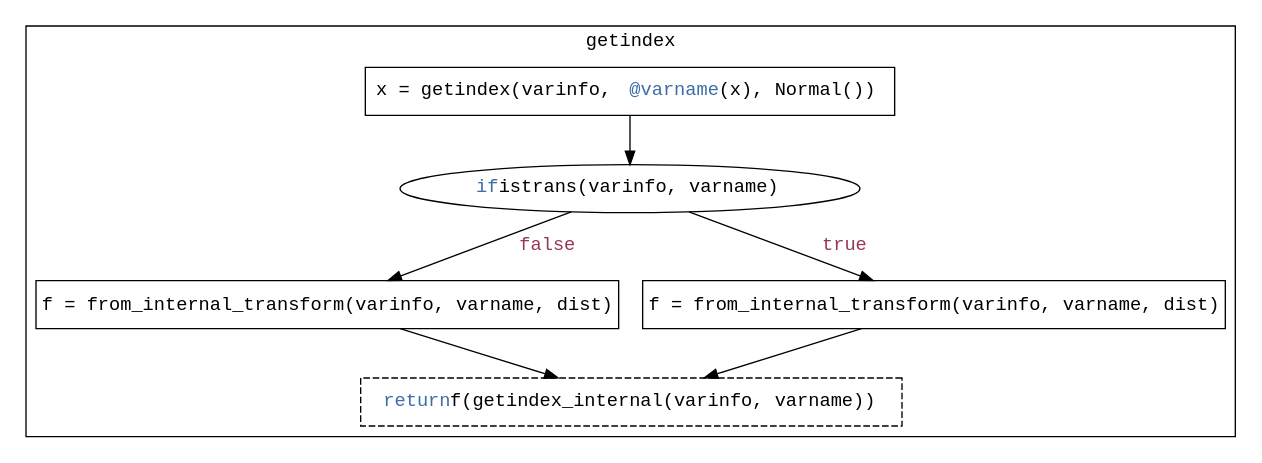
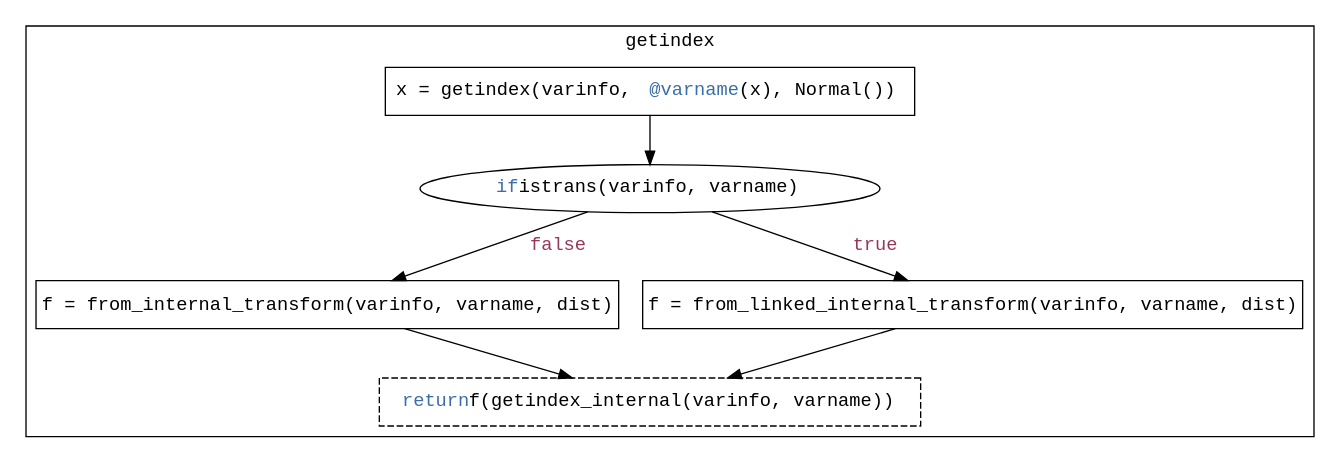
The diagram in docs/src/assets/images/transformations-getindex-with-dist.dot (TuringLang/DynamicPPL.jl), drawn with Graphviz before and after one commit. The commit also changed 3 other files, not shown here.

Commit message:
fixed getindex diagrams in docs

```diff
--- a/docs/src/assets/images/transformations-getindex-with-dist.dot
+++ b/docs/src/assets/images/transformations-getindex-with-dist.dot
@@ -1,19 +1,19 @@
 digraph {  
   # `getindex` block
   subgraph cluster_getindex {
     label = "getindex";
     fontname = "Courier";
 
     getindex [shape=box, label=< x = getindex(varinfo, <FONT COLOR="#3B6EA8">@varname</FONT>(x), Normal()) >, fontname="Courier"];
     iflinked_getindex [label=< <FONT COLOR="#3B6EA8">if</FONT> istrans(varinfo, varname) >, fontname="Courier"];
     without_linking_getindex [shape=box, label="f = from_internal_transform(varinfo, varname, dist)", fontname="Courier"];
-    with_linking_getindex [shape=box, label="f = from_internal_transform(varinfo, varname, dist)", fontname="Courier"];
+    with_linking_getindex [shape=box, label="f = from_linked_internal_transform(varinfo, varname, dist)", fontname="Courier"];
     return_getindex [shape=box, label=< <FONT COLOR="#3B6EA8">return</FONT> f(getindex_internal(varinfo, varname)) >, style=dashed, fontname="Courier"];
 
     getindex -> iflinked_getindex;
     iflinked_getindex -> without_linking_getindex [label=<  <FONT COLOR="#97365B">false</FONT>>, fontname="Courier"];
     iflinked_getindex -> with_linking_getindex [label=<  <FONT COLOR="#97365B">true</FONT>>, fontname="Courier"];
     without_linking_getindex -> return_getindex;
     with_linking_getindex -> return_getindex;
   }
 }
```
